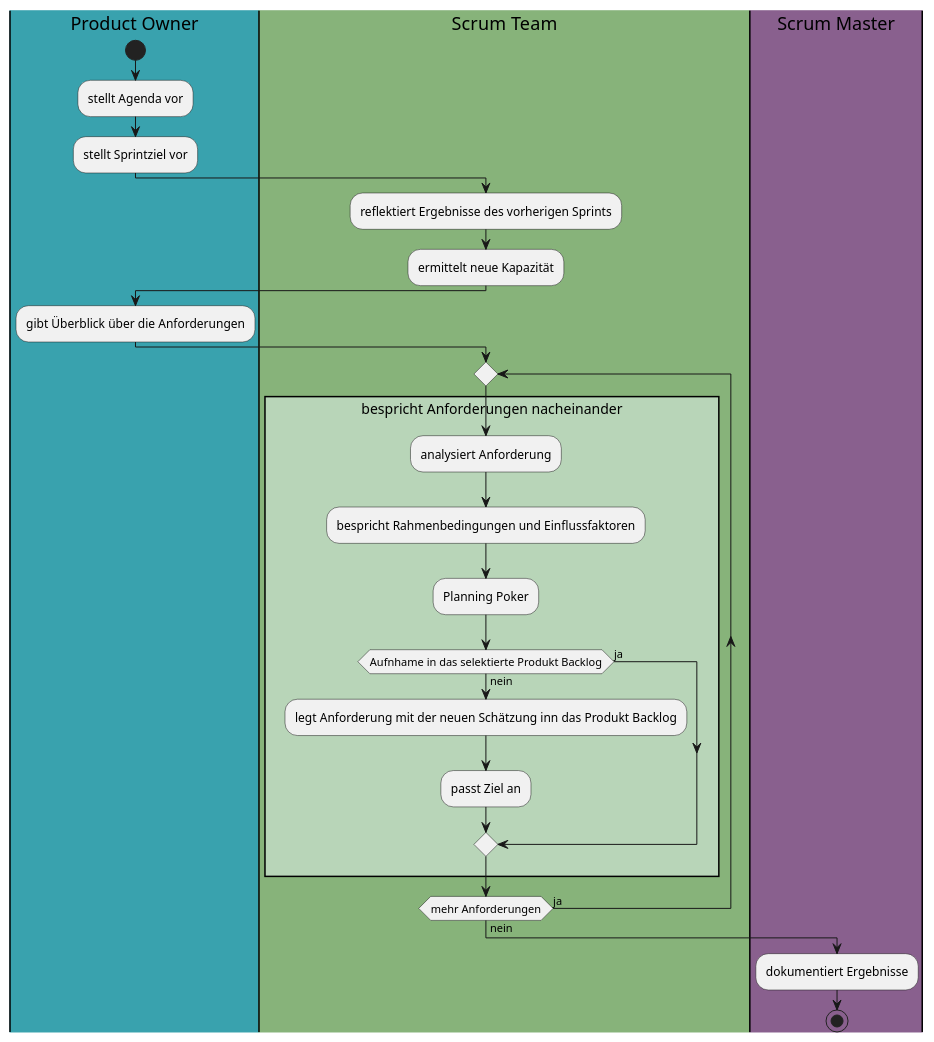
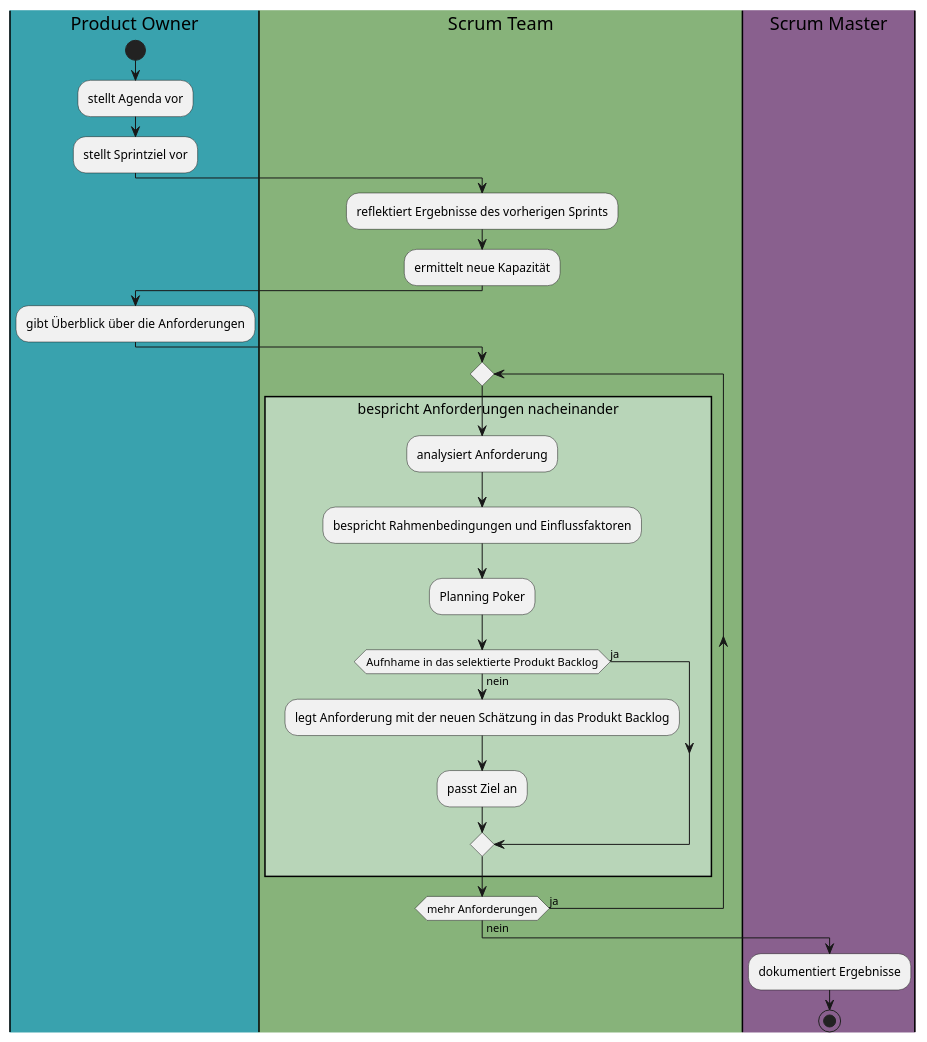
Before and after one commit to mraethel/senSE1: the diagram in uml/uebung3/ex01.pu, drawn with PlantUML. The commit also changed 1 other file, not shown here.

Commit message:
~ uebung3.plantuml (typo)

```diff
--- a/uml/uebung3/ex01.pu
+++ b/uml/uebung3/ex01.pu
@@ -1,34 +1,34 @@
 @startuml
 
 |#39A2AE|Product Owner|
 start
 :stellt Agenda vor;
 :stellt Sprintziel vor;
 
 |#87B37A|Scrum Team|
 :reflektiert Ergebnisse des vorherigen Sprints;
 :ermittelt neue Kapazität;
 
 |Product Owner|
 :gibt Überblick über die Anforderungen;
 
 |Scrum Team|
 repeat
 skinparam defaultTextAlignment left
 rectangle #B8D5B8 (bespricht Anforderungen nacheinander) {
   :analysiert Anforderung;
   :bespricht Rahmenbedingungen und Einflussfaktoren;
   :Planning Poker;
   if (Aufnhame in das selektierte Produkt Backlog) then (nein)
-    :legt Anforderung mit der neuen Schätzung inn das Produkt Backlog;
+    :legt Anforderung mit der neuen Schätzung in das Produkt Backlog;
     :passt Ziel an;
   else (ja)
   endif
 }
 repeat while (mehr Anforderungen) is (ja) not (nein)
 
 |#89608E|Scrum Master|
 :dokumentiert Ergebnisse;
 stop
 
 @enduml
```
